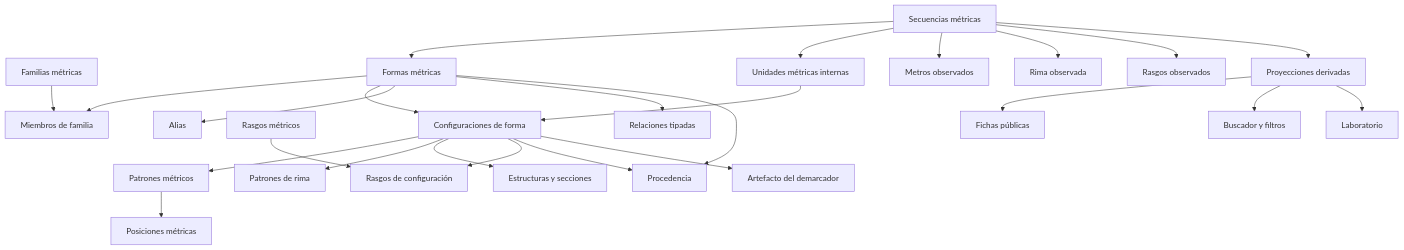
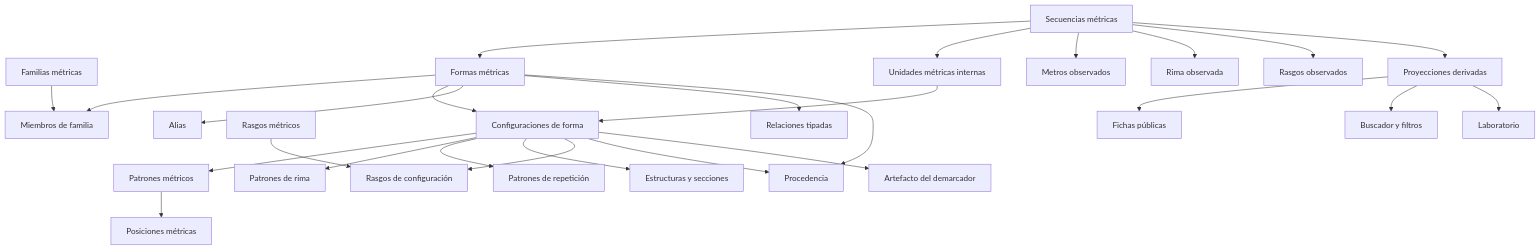
The diagram in docs/arquitectura-dominio-metrica.md (metadramaub/metadrama_db), drawn with Mermaid before and after one commit. The commit also changed other lines of this file and 2 other files, not shown here.

````diff
--- a/docs/arquitectura-dominio-metrica.md
+++ b/docs/arquitectura-dominio-metrica.md
@@ -134,31 +135,32 @@
 ```mermaid
 flowchart TD
     FM[Familias métricas] --> MFM[Miembros de familia]
     F[Formas métricas] --> MFM
     F --> CF[Configuraciones de forma]
     CF --> PM[Patrones métricos]
     PM --> PMP[Posiciones métricas]
     CF --> PR[Patrones de rima]
+    CF --> PREP[Patrones de repetición]
     CF --> ER[Estructuras y secciones]
     CF --> CR[Rasgos de configuración]
     RM[Rasgos métricos] --> CR
 
     F --> AF[Alias]
     F --> RF[Relaciones tipadas]
     F --> PF[Procedencia]
     CF --> PF
 
     SM[Secuencias métricas] --> F
     SM --> UM[Unidades métricas internas]
     UM --> CF
     SM --> MO[Metros observados]
     SM --> RO[Rima observada]
     SM --> OR[Rasgos observados]
 
     SM --> PD[Proyecciones derivadas]
     PD --> FP[Fichas públicas]
     PD --> BP[Buscador y filtros]
     PD --> L[Laboratorio]
 
     CF --> AD[Artefacto del demarcador]
 ```
````
